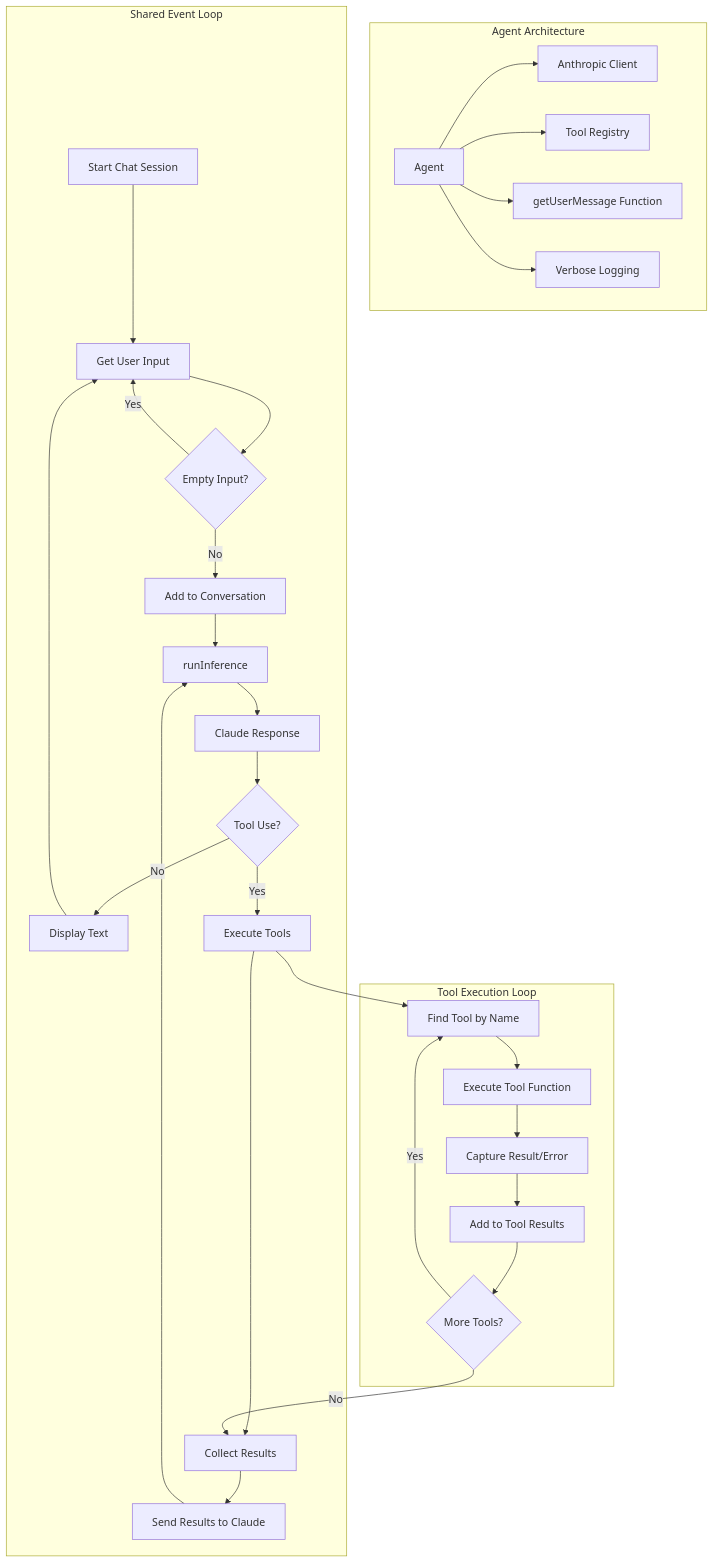
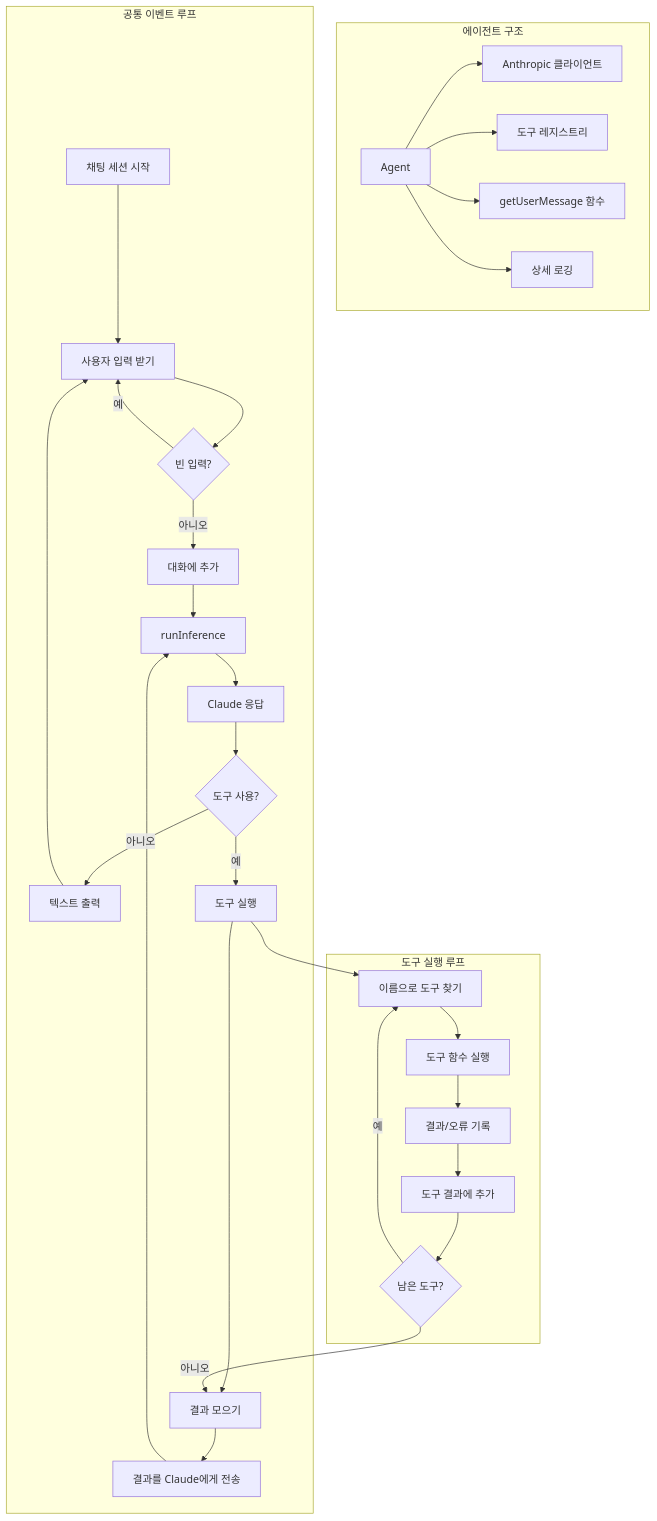
One commit to hokyunrhee/agent changed the second of 2 diagrams in README.md. Above: the diagram before and after it, drawn with Mermaid. The commit also changed other lines of this file and 1 other file, not shown here.

````diff
--- a/README.md
+++ b/README.md
@@ -83,35 +85,35 @@
 ```mermaid
 graph TB
-    subgraph "Agent Architecture"
-        A[Agent] --> B[Anthropic Client]
-        A --> C[Tool Registry]
-        A --> D[getUserMessage Function]
-        A --> E[Verbose Logging]
+    subgraph "에이전트 구조"
+        A[Agent] --> B[Anthropic 클라이언트]
+        A --> C[도구 레지스트리]
+        A --> D[getUserMessage 함수]
+        A --> E[상세 로깅]
     end
     
-    subgraph "Shared Event Loop"
-        F[Start Chat Session] --> G[Get User Input]
-        G --> H{Empty Input?}
-        H -->|Yes| G
-        H -->|No| I[Add to Conversation]
+    subgraph "공통 이벤트 루프"
+        F[채팅 세션 시작] --> G[사용자 입력 받기]
+        G --> H{빈 입력?}
+        H -->|예| G
+        H -->|아니오| I[대화에 추가]
         I --> J[runInference]
-        J --> K[Claude Response]
-        K --> L{Tool Use?}
-        L -->|No| M[Display Text]
-        L -->|Yes| N[Execute Tools]
-        N --> O[Collect Results]
-        O --> P[Send Results to Claude]
+        J --> K[Claude 응답]
+        K --> L{도구 사용?}
+        L -->|아니오| M[텍스트 출력]
+        L -->|예| N[도구 실행]
+        N --> O[결과 모으기]
+        O --> P[결과를 Claude에게 전송]
         P --> J
         M --> G
     end
     
-    subgraph "Tool Execution Loop"
-        N --> Q[Find Tool by Name]
-        Q --> R[Execute Tool Function]
-        R --> S[Capture Result/Error]
-        S --> T[Add to Tool Results]
-        T --> U{More Tools?}
-        U -->|Yes| Q
-        U -->|No| O
+    subgraph "도구 실행 루프"
+        N --> Q[이름으로 도구 찾기]
+        Q --> R[도구 함수 실행]
+        R --> S[결과/오류 기록]
+        S --> T[도구 결과에 추가]
+        T --> U{남은 도구?}
+        U -->|예| Q
+        U -->|아니오| O
     end
 ```
````
